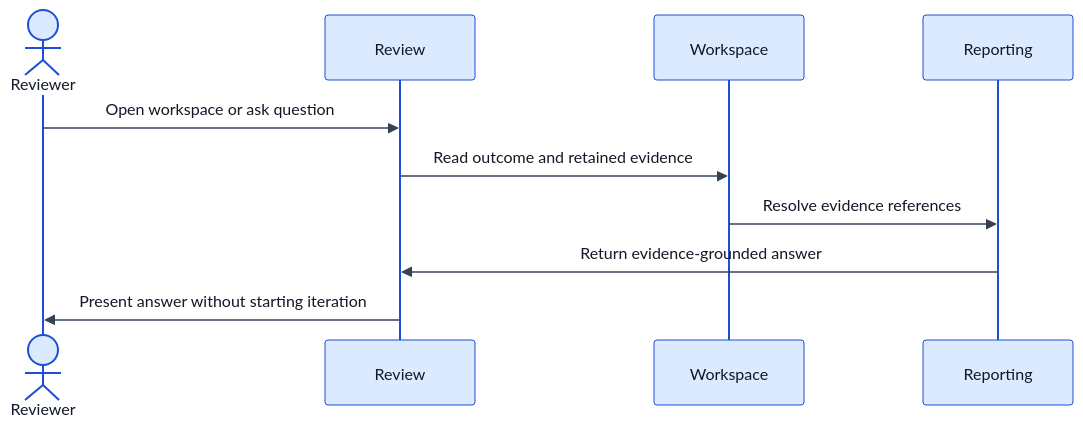
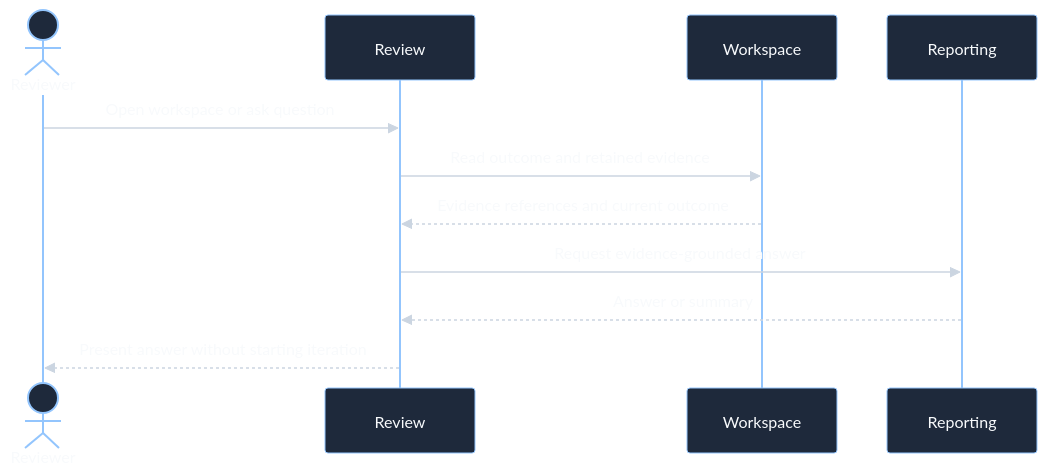
The sixth of 8 diagrams in docs/04-system-architecture.md (AILearner365/oss-remediation-adk), drawn with Mermaid before and after one commit. The commit also changed other lines of this file, not shown here.

Commit message:
docs: fix orchestration flow and dark-mode diagram contrast

````diff
--- a/docs/04-system-architecture.md
+++ b/docs/04-system-architecture.md
@@ -313,14 +328,15 @@
 ```mermaid
-%%{init: {"theme":"base","themeVariables":{"background":"#ffffff","primaryColor":"#dbeafe","primaryTextColor":"#111827","primaryBorderColor":"#1d4ed8","lineColor":"#334155","textColor":"#111827","actorBkg":"#dbeafe","actorBorder":"#1d4ed8","actorTextColor":"#111827","signalColor":"#334155","signalTextColor":"#111827","labelBoxBkgColor":"#ffffff","labelTextColor":"#111827"}}}%%
+%%{init: {"theme":"base","themeVariables":{"background":"#0b1220","primaryColor":"#1e293b","primaryTextColor":"#f8fafc","primaryBorderColor":"#93c5fd","lineColor":"#cbd5e1","textColor":"#f8fafc","actorBkg":"#1e293b","actorBorder":"#93c5fd","actorTextColor":"#f8fafc","signalColor":"#cbd5e1","signalTextColor":"#f8fafc","labelBoxBkgColor":"#0f172a","labelTextColor":"#f8fafc"}}}%%
 sequenceDiagram
     actor Reviewer
     participant Review
     participant Workspace
     participant Reporting
 
     Reviewer->>Review: Open workspace or ask question
     Review->>Workspace: Read outcome and retained evidence
-    Workspace->>Reporting: Resolve evidence references
-    Reporting->>Review: Return evidence-grounded answer
-    Review->>Reviewer: Present answer without starting iteration
+    Workspace-->>Review: Evidence references and current outcome
+    Review->>Reporting: Request evidence-grounded answer
+    Reporting-->>Review: Answer or summary
+    Review-->>Reviewer: Present answer without starting iteration
 ```
````
